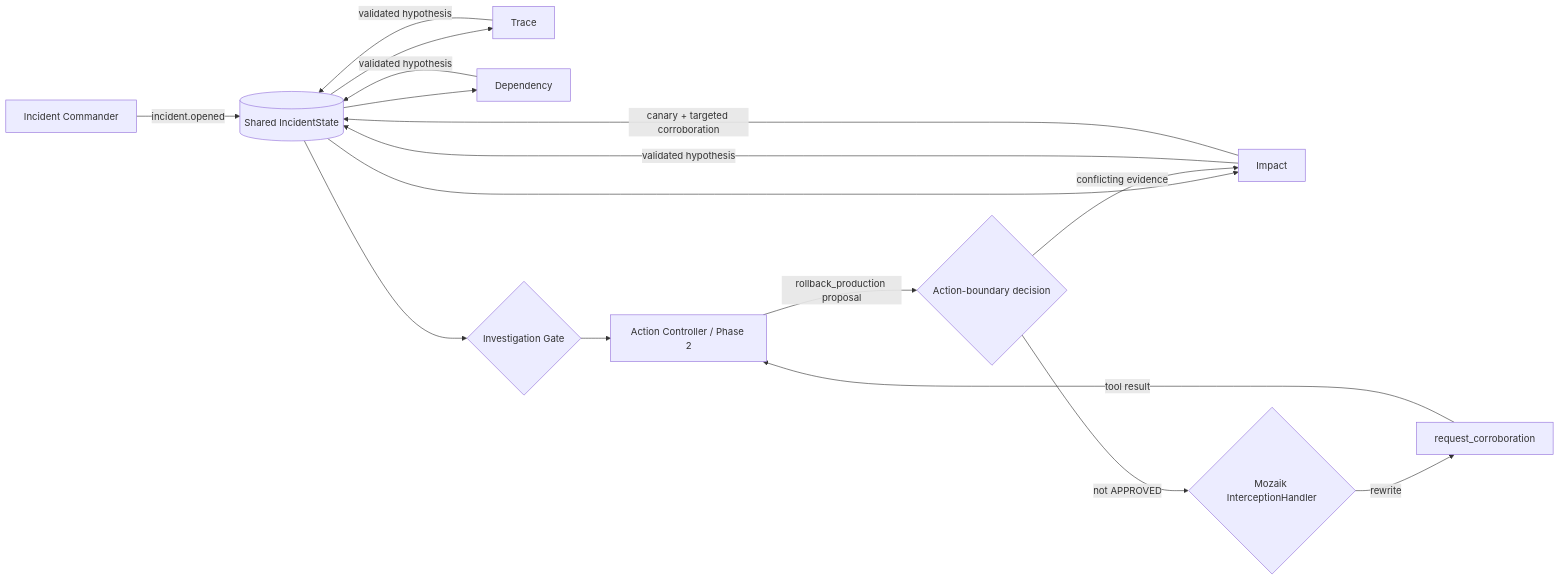
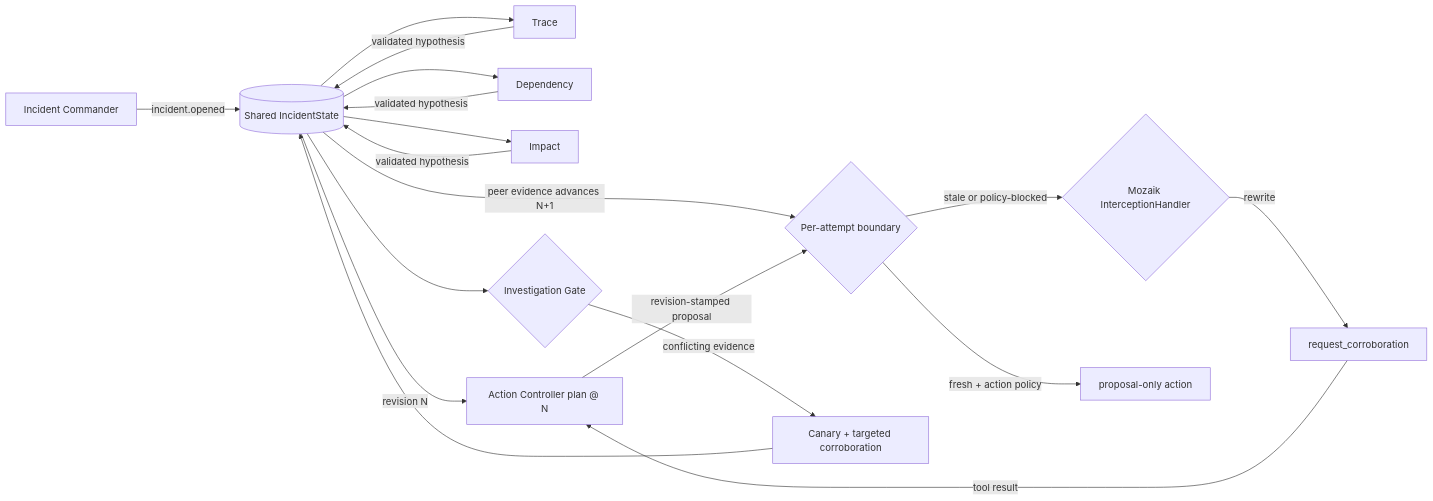
Before and after one commit to 1337isnot1337/incidentmesh: the diagram in docs/implementation.md, drawn with Mermaid. The commit also changed other lines of this file and 17 other files, not shown here.

````diff
--- a/docs/implementation.md
+++ b/docs/implementation.md
@@ -41,18 +46,20 @@
 ```mermaid
 flowchart LR
   C[Incident Commander] -->|incident.opened| R[(Shared IncidentState)]
   R --> T[Trace]
   R --> D[Dependency]
   R --> I[Impact]
   T -->|validated hypothesis| R
   D -->|validated hypothesis| R
   I -->|validated hypothesis| R
-  R --> G{Investigation Gate}
-  G --> A[Action Controller / Phase 2]
-  A -->|rollback_production proposal| B{Action-boundary decision}
-  B -->|not APPROVED| X{Mozaik InterceptionHandler}
+  R -->|revision N| A[Action Controller plan @ N]
+  R -->|peer evidence advances N+1| B{Per-attempt boundary}
+  A -->|revision-stamped proposal| B
+  B -->|stale or policy-blocked| X{Mozaik InterceptionHandler}
   X -->|rewrite| Q[request_corroboration]
   Q -->|tool result| A
-  B -->|conflicting evidence| I
-  I -->|canary + targeted corroboration| R
+  B -->|fresh + action policy| P[proposal-only action]
+  R --> G{Investigation Gate}
+  G -->|conflicting evidence| K[Canary + targeted corroboration]
+  K --> R
 ```
````
